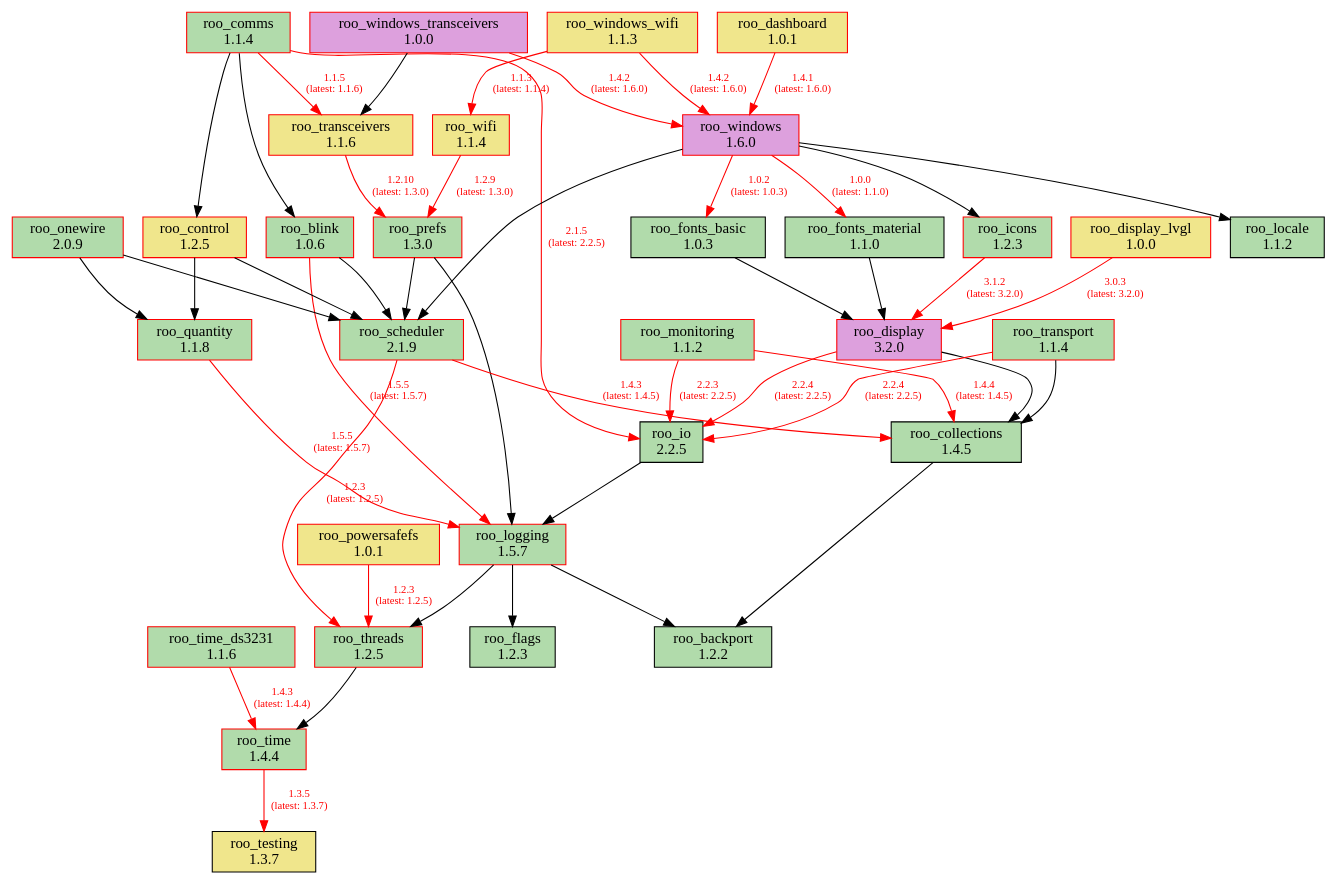
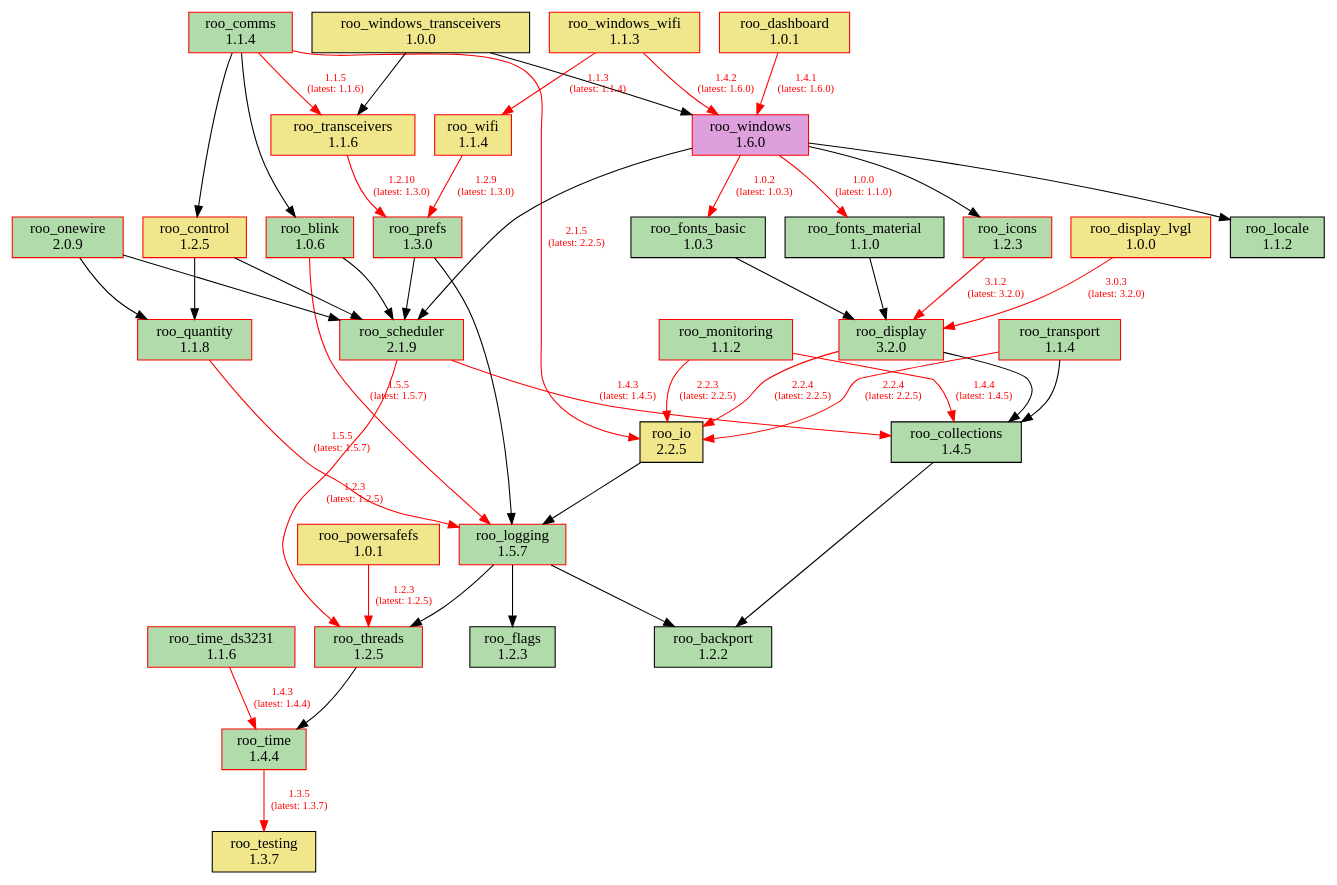
The diagram in doc/dependencies.dot (dejwk/roo-registry), drawn with Graphviz before and after one commit. The commit also changed 1 other file, not shown here.

Commit message:
Updated dependency graph.

```diff
--- a/doc/dependencies.dot
+++ b/doc/dependencies.dot
@@ -1,86 +1,86 @@
 digraph dependencies {
     rankdir=TB;
     node [shape=box, style=filled];
     edge [fontsize=10];
 
     // Modules
     "roo_backport" [label="roo_backport\n1.2.2", fillcolor="#b1dbab", color="black"];
     "roo_blink" [label="roo_blink\n1.0.6", fillcolor="#b1dbab", color="red"];
     "roo_collections" [label="roo_collections\n1.4.5", fillcolor="#b1dbab", color="black"];
     "roo_comms" [label="roo_comms\n1.1.4", fillcolor="#b1dbab", color="red"];
     "roo_control" [label="roo_control\n1.2.5", fillcolor="khaki", color="red"];
     "roo_dashboard" [label="roo_dashboard\n1.0.1", fillcolor="khaki", color="red"];
-    "roo_display" [label="roo_display\n3.2.0", fillcolor="plum", color="red"];
+    "roo_display" [label="roo_display\n3.2.0", fillcolor="#b1dbab", color="red"];
     "roo_display_lvgl" [label="roo_display_lvgl\n1.0.0", fillcolor="khaki", color="red"];
     "roo_flags" [label="roo_flags\n1.2.3", fillcolor="#b1dbab", color="black"];
     "roo_fonts_basic" [label="roo_fonts_basic\n1.0.3", fillcolor="#b1dbab", color="black"];
     "roo_fonts_material" [label="roo_fonts_material\n1.1.0", fillcolor="#b1dbab", color="black"];
     "roo_icons" [label="roo_icons\n1.2.3", fillcolor="#b1dbab", color="red"];
-    "roo_io" [label="roo_io\n2.2.5", fillcolor="#b1dbab", color="black"];
+    "roo_io" [label="roo_io\n2.2.5", fillcolor="khaki", color="black"];
     "roo_locale" [label="roo_locale\n1.1.2", fillcolor="#b1dbab", color="black"];
     "roo_logging" [label="roo_logging\n1.5.7", fillcolor="#b1dbab", color="red"];
     "roo_monitoring" [label="roo_monitoring\n1.1.2", fillcolor="#b1dbab", color="red"];
     "roo_onewire" [label="roo_onewire\n2.0.9", fillcolor="#b1dbab", color="red"];
     "roo_powersafefs" [label="roo_powersafefs\n1.0.1", fillcolor="khaki", color="red"];
     "roo_prefs" [label="roo_prefs\n1.3.0", fillcolor="#b1dbab", color="red"];
     "roo_quantity" [label="roo_quantity\n1.1.8", fillcolor="#b1dbab", color="red"];
     "roo_scheduler" [label="roo_scheduler\n2.1.9", fillcolor="#b1dbab", color="red"];
     "roo_testing" [label="roo_testing\n1.3.7", fillcolor="khaki", color="black"];
     "roo_threads" [label="roo_threads\n1.2.5", fillcolor="#b1dbab", color="red"];
     "roo_time" [label="roo_time\n1.4.4", fillcolor="#b1dbab", color="red"];
     "roo_time_ds3231" [label="roo_time_ds3231\n1.1.6", fillcolor="#b1dbab", color="red"];
     "roo_transceivers" [label="roo_transceivers\n1.1.6", fillcolor="khaki", color="red"];
     "roo_transport" [label="roo_transport\n1.1.4", fillcolor="#b1dbab", color="red"];
     "roo_wifi" [label="roo_wifi\n1.1.4", fillcolor="khaki", color="red"];
     "roo_windows" [label="roo_windows\n1.6.0", fillcolor="plum", color="red"];
-    "roo_windows_transceivers" [label="roo_windows_transceivers\n1.0.0", fillcolor="plum", color="red"];
+    "roo_windows_transceivers" [label="roo_windows_transceivers\n1.0.0", fillcolor="khaki", color="black"];
     "roo_windows_wifi" [label="roo_windows_wifi\n1.1.3", fillcolor="khaki", color="red"];
 
     // Dependencies
     "roo_blink" -> "roo_logging" [color=red, fontcolor=red, label="1.5.5\n(latest: 1.5.7)"];
     "roo_blink" -> "roo_scheduler";
     "roo_collections" -> "roo_backport";
     "roo_comms" -> "roo_blink";
     "roo_comms" -> "roo_control";
     "roo_comms" -> "roo_io" [color=red, fontcolor=red, label="2.1.5\n(latest: 2.2.5)"];
     "roo_comms" -> "roo_transceivers" [color=red, fontcolor=red, label="1.1.5\n(latest: 1.1.6)"];
     "roo_control" -> "roo_quantity";
     "roo_control" -> "roo_scheduler";
     "roo_dashboard" -> "roo_windows" [color=red, fontcolor=red, label="1.4.1\n(latest: 1.6.0)"];
     "roo_display" -> "roo_collections";
     "roo_display" -> "roo_io" [color=red, fontcolor=red, label="2.2.4\n(latest: 2.2.5)"];
     "roo_display_lvgl" -> "roo_display" [color=red, fontcolor=red, label="3.0.3\n(latest: 3.2.0)"];
     "roo_fonts_basic" -> "roo_display";
     "roo_fonts_material" -> "roo_display";
     "roo_icons" -> "roo_display" [color=red, fontcolor=red, label="3.1.2\n(latest: 3.2.0)"];
     "roo_io" -> "roo_logging";
     "roo_logging" -> "roo_backport";
     "roo_logging" -> "roo_flags";
     "roo_logging" -> "roo_threads";
     "roo_monitoring" -> "roo_collections" [color=red, fontcolor=red, label="1.4.4\n(latest: 1.4.5)"];
     "roo_monitoring" -> "roo_io" [color=red, fontcolor=red, label="2.2.3\n(latest: 2.2.5)"];
     "roo_onewire" -> "roo_scheduler";
     "roo_onewire" -> "roo_quantity";
     "roo_powersafefs" -> "roo_threads" [color=red, fontcolor=red, label="1.2.3\n(latest: 1.2.5)"];
     "roo_prefs" -> "roo_logging";
     "roo_prefs" -> "roo_scheduler";
     "roo_quantity" -> "roo_logging" [color=red, fontcolor=red, label="1.5.5\n(latest: 1.5.7)"];
     "roo_scheduler" -> "roo_collections" [color=red, fontcolor=red, label="1.4.3\n(latest: 1.4.5)"];
     "roo_scheduler" -> "roo_threads" [color=red, fontcolor=red, label="1.2.3\n(latest: 1.2.5)"];
     "roo_threads" -> "roo_time";
     "roo_time" -> "roo_testing" [color=red, fontcolor=red, label="1.3.5\n(latest: 1.3.7)"];
     "roo_time_ds3231" -> "roo_time" [color=red, fontcolor=red, label="1.4.3\n(latest: 1.4.4)"];
     "roo_transceivers" -> "roo_prefs" [color=red, fontcolor=red, label="1.2.10\n(latest: 1.3.0)"];
     "roo_transport" -> "roo_collections";
     "roo_transport" -> "roo_io" [color=red, fontcolor=red, label="2.2.4\n(latest: 2.2.5)"];
     "roo_wifi" -> "roo_prefs" [color=red, fontcolor=red, label="1.2.9\n(latest: 1.3.0)"];
     "roo_windows" -> "roo_fonts_basic" [color=red, fontcolor=red, label="1.0.2\n(latest: 1.0.3)"];
     "roo_windows" -> "roo_fonts_material" [color=red, fontcolor=red, label="1.0.0\n(latest: 1.1.0)"];
     "roo_windows" -> "roo_locale";
     "roo_windows" -> "roo_icons";
     "roo_windows" -> "roo_scheduler";
     "roo_windows_transceivers" -> "roo_transceivers";
-    "roo_windows_transceivers" -> "roo_windows" [color=red, fontcolor=red, label="1.4.2\n(latest: 1.6.0)"];
+    "roo_windows_transceivers" -> "roo_windows";
     "roo_windows_wifi" -> "roo_wifi" [color=red, fontcolor=red, label="1.1.3\n(latest: 1.1.4)"];
     "roo_windows_wifi" -> "roo_windows" [color=red, fontcolor=red, label="1.4.2\n(latest: 1.6.0)"];
 }
```
